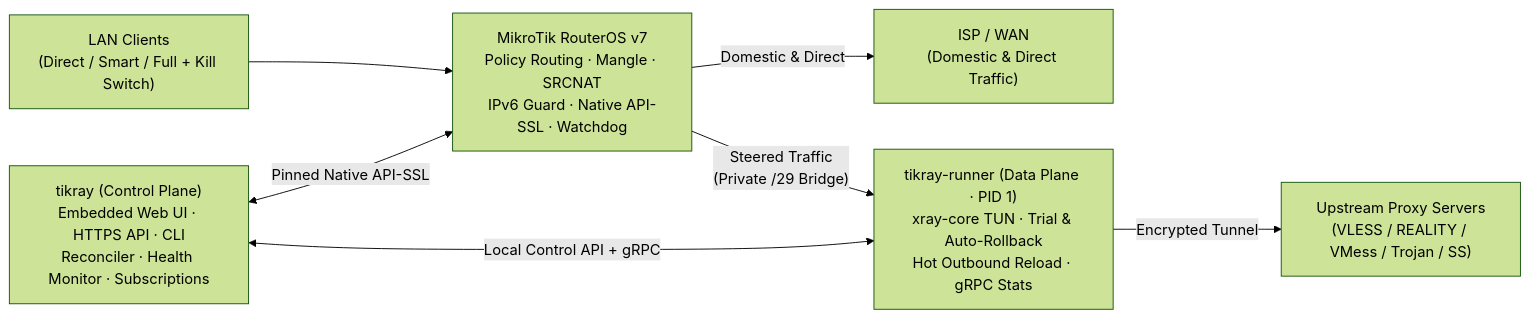
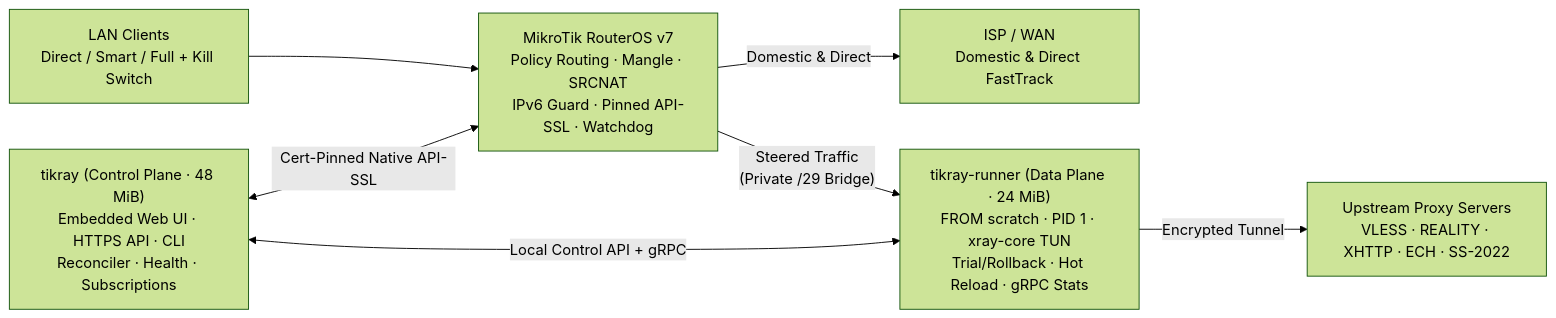
The diagram in README.md (Arman2122/tikray), drawn with Mermaid (forest theme) before and after one commit. The commit also changed other lines of this file and 23 other files, not shown here.

````diff
--- a/README.md
+++ b/README.md
@@ -17,16 +94,16 @@
 ```mermaid
 flowchart LR
-    LAN["LAN Clients<br/>(Direct / Smart / Full + Kill Switch)"]
-    ROS["MikroTik RouterOS v7<br/>Policy Routing · Mangle · SRCNAT<br/>IPv6 Guard · Native API-SSL · Watchdog"]
-    WAN["ISP / WAN<br/>(Domestic & Direct Traffic)"]
-    CTL["tikray (Control Plane)<br/>Embedded Web UI · HTTPS API · CLI<br/>Reconciler · Health Monitor · Subscriptions"]
-    RUN["tikray-runner (Data Plane · PID 1)<br/>xray-core TUN · Trial & Auto-Rollback<br/>Hot Outbound Reload · gRPC Stats"]
-    UP["Upstream Proxy Servers<br/>(VLESS / REALITY / VMess / Trojan / SS)"]
+    LAN["LAN Clients<br/>Direct / Smart / Full + Kill Switch"]
+    ROS["MikroTik RouterOS v7<br/>Policy Routing · Mangle · SRCNAT<br/>IPv6 Guard · Pinned API-SSL · Watchdog"]
+    WAN["ISP / WAN<br/>Domestic &amp; Direct FastTrack"]
+    CTL["tikray (Control Plane · 48 MiB)<br/>Embedded Web UI · HTTPS API · CLI<br/>Reconciler · Health · Subscriptions"]
+    RUN["tikray-runner (Data Plane · 24 MiB)<br/>FROM scratch · PID 1 · xray-core TUN<br/>Trial/Rollback · Hot Reload · gRPC Stats"]
+    UP["Upstream Proxy Servers<br/>VLESS · REALITY · XHTTP · ECH · SS-2022"]
 
     LAN --> ROS
     ROS -- "Domestic & Direct" --> WAN
     ROS -- "Steered Traffic<br/>(Private /29 Bridge)" --> RUN
-    CTL <-- "Pinned Native API-SSL" --> ROS
+    CTL <-- "Cert-Pinned Native API-SSL" --> ROS
     CTL <-- "Local Control API + gRPC" --> RUN
     RUN -- "Encrypted Tunnel" --> UP
 ```
````
